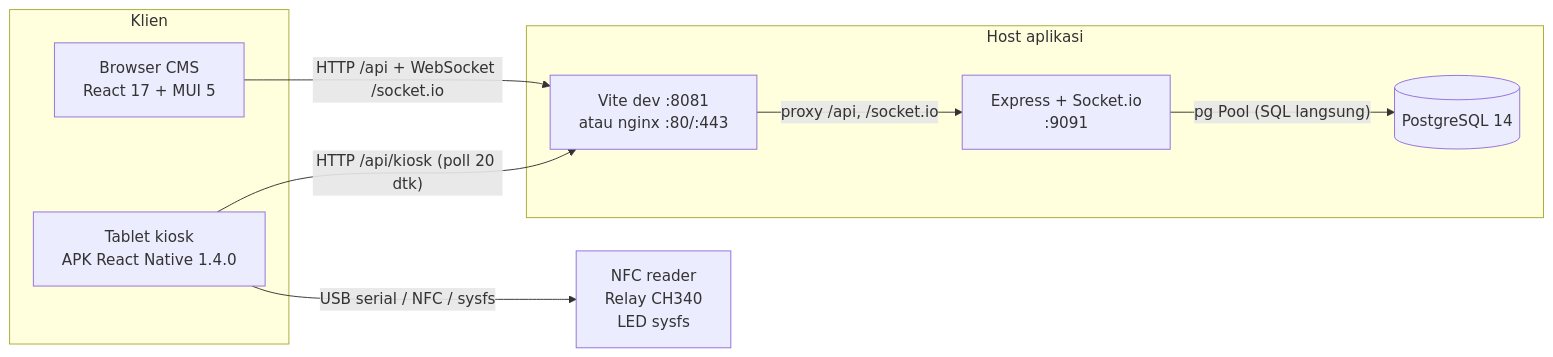
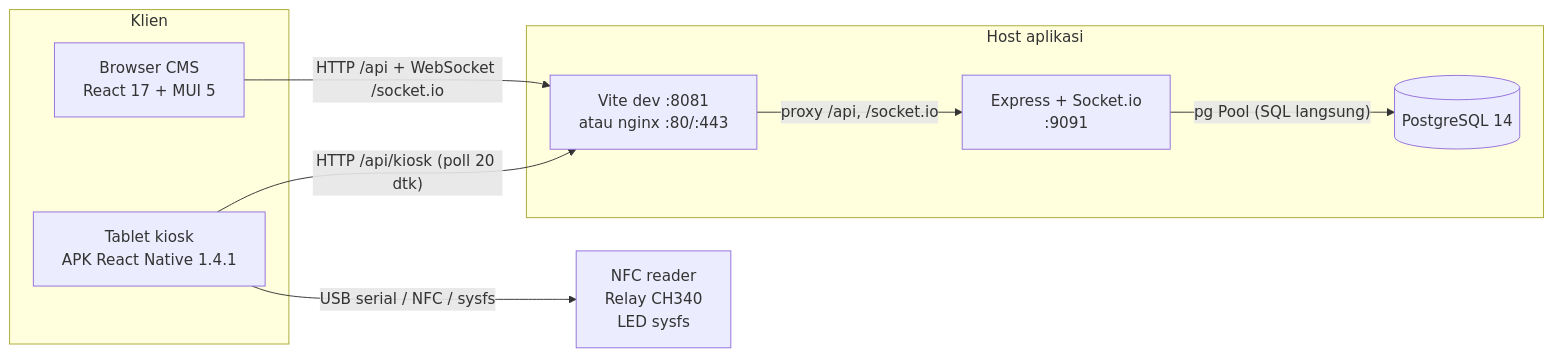
The first of 5 diagrams in docs/architecture.md (goodmeow/app_booking), drawn with Mermaid before and after one commit. The commit also changed other lines of this file and 18 other files, not shown here.

````diff
--- a/docs/architecture.md
+++ b/docs/architecture.md
@@ -28,21 +28,21 @@
 ```mermaid
 flowchart LR
   subgraph Klien
     CMS["Browser CMS<br/>React 17 + MUI 5"]
-    KIOSK["Tablet kiosk<br/>APK React Native 1.4.0"]
+    KIOSK["Tablet kiosk<br/>APK React Native 1.4.1"]
   end
 
   subgraph Host["Host aplikasi"]
     EDGE["Vite dev :8081<br/>atau nginx :80/:443"]
     API["Express + Socket.io<br/>:9091"]
     DB[("PostgreSQL 14")]
   end
 
   HW["NFC reader<br/>Relay CH340<br/>LED sysfs"]
 
   CMS -->|"HTTP /api + WebSocket /socket.io"| EDGE
   EDGE -->|"proxy /api, /socket.io"| API
   API -->|"pg Pool (SQL langsung)"| DB
   KIOSK -->|"HTTP /api/kiosk (poll 20 dtk)"| EDGE
   KIOSK -->|"USB serial / NFC / sysfs"| HW
 ```
````
